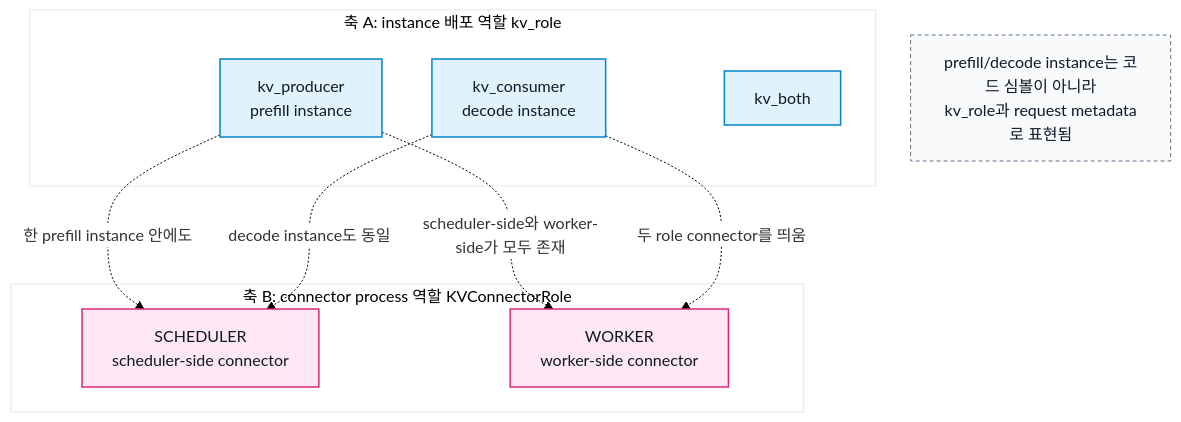
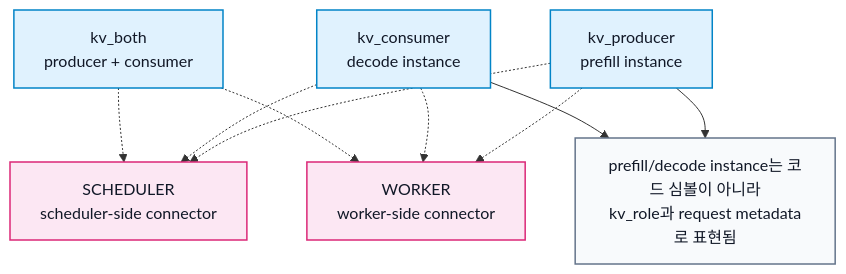
The second of 8 diagrams in docs/study/v1_kvconnector_disaggregation_analysis_ko.md (bobsiunn/vllm-study), drawn with Mermaid before and after one commit. The commit also changed other lines of this file, not shown here.

Commit message:
docs: add KVConnector disaggregation analysis note

````diff
--- a/docs/study/v1_kvconnector_disaggregation_analysis_ko.md
+++ b/docs/study/v1_kvconnector_disaggregation_analysis_ko.md
@@ -172,24 +171,22 @@
-```mermaid
-%%{init: {"theme": "base", "themeVariables": {"background": "#ffffff", "primaryColor": "#ffffff", "fontFamily": "Inter, Arial"}} }%%
+<div class="mermaid">
 flowchart TB
     classDef instance fill:#E0F2FE,stroke:#0284C7,color:#111827,stroke-width:1.5px
     classDef proc fill:#FCE7F3,stroke:#DB2777,color:#111827,stroke-width:1.5px
-    classDef note fill:#F8FAFC,stroke:#64748B,color:#111827,stroke-dasharray:4 3
+    classDef note fill:#F8FAFC,stroke:#64748B,color:#111827,stroke-width:1.5px
 
-    subgraph A["축 A: instance 배포 역할 kv_role"]
-        P["kv_producer<br/>prefill instance"]:::instance
-        D["kv_consumer<br/>decode instance"]:::instance
-        B["kv_both"]:::instance
-    end
+    P["kv_producer<br/>prefill instance"]:::instance
+    D["kv_consumer<br/>decode instance"]:::instance
+    B["kv_both<br/>producer + consumer"]:::instance
+    S["SCHEDULER<br/>scheduler-side connector"]:::proc
+    W["WORKER<br/>worker-side connector"]:::proc
+    N["prefill/decode instance는 코드 심볼이 아니라<br/>kv_role과 request metadata로 표현됨"]:::note
 
-    subgraph R["축 B: connector process 역할 KVConnectorRole"]
-        S["SCHEDULER<br/>scheduler-side connector"]:::proc
-        W["WORKER<br/>worker-side connector"]:::proc
-    end
-
-    P -. "한 prefill instance 안에도" .-> S
-    P -. "scheduler-side와 worker-side가 모두 존재" .-> W
-    D -. "decode instance도 동일" .-> S
-    D -. "두 role connector를 띄움" .-> W
-    N["prefill/decode instance는 코드 심볼이 아니라<br/>kv_role과 request metadata로 표현됨"]:::note
-```
+    P -.-> S
+    P -.-> W
+    D -.-> S
+    D -.-> W
+    B -.-> S
+    B -.-> W
+    P --> N
+    D --> N
+</div>
````
